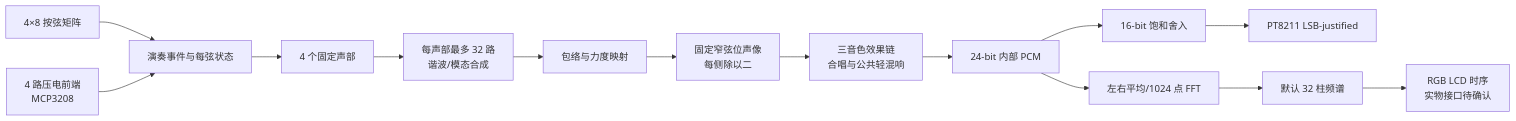
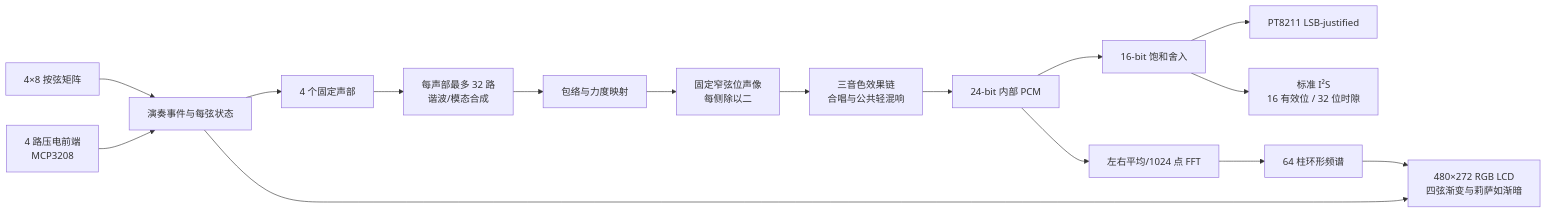
Before and after one commit to Keyi-1/xinxian-fpga-guitar: the diagram in README.md, drawn with Mermaid. The commit also changed other lines of this file and 6 other files, not shown here.

````diff
--- a/README.md
+++ b/README.md
@@ -423,16 +444,18 @@
 ```mermaid
 flowchart LR
     A[4×8 按弦矩阵] --> C[演奏事件与每弦状态]
     B[4 路压电前端<br/>MCP3208] --> C
     C --> D[4 个固定声部]
     D --> E[每声部最多 32 路<br/>谐波/模态合成]
     E --> F[包络与力度映射]
     F --> G[固定窄弦位声像<br/>每侧除以二]
     G --> H[三音色效果链<br/>合唱与公共轻混响]
     H --> I[24-bit 内部 PCM]
     I --> J[16-bit 饱和舍入]
     J --> K[PT8211 LSB-justified]
+    J --> O[标准 I²S<br/>16 有效位 / 32 位时隙]
     I --> L[左右平均/1024 点 FFT]
-    L --> M[默认 32 柱频谱]
-    M --> N[RGB LCD 时序<br/>实物接口待确认]
+    L --> M[64 柱环形频谱]
+    M --> N[480×272 RGB LCD<br/>四弦渐变与莉萨如渐暗]
+    C --> N
 ```
````
